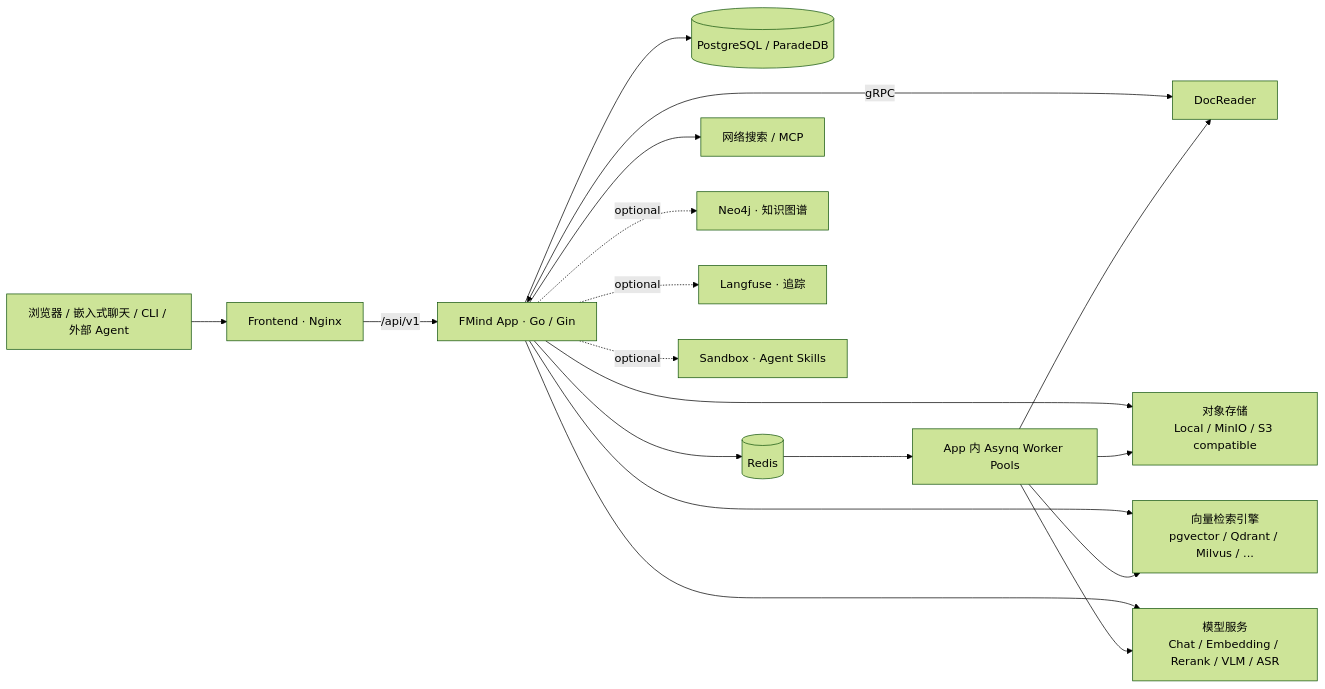
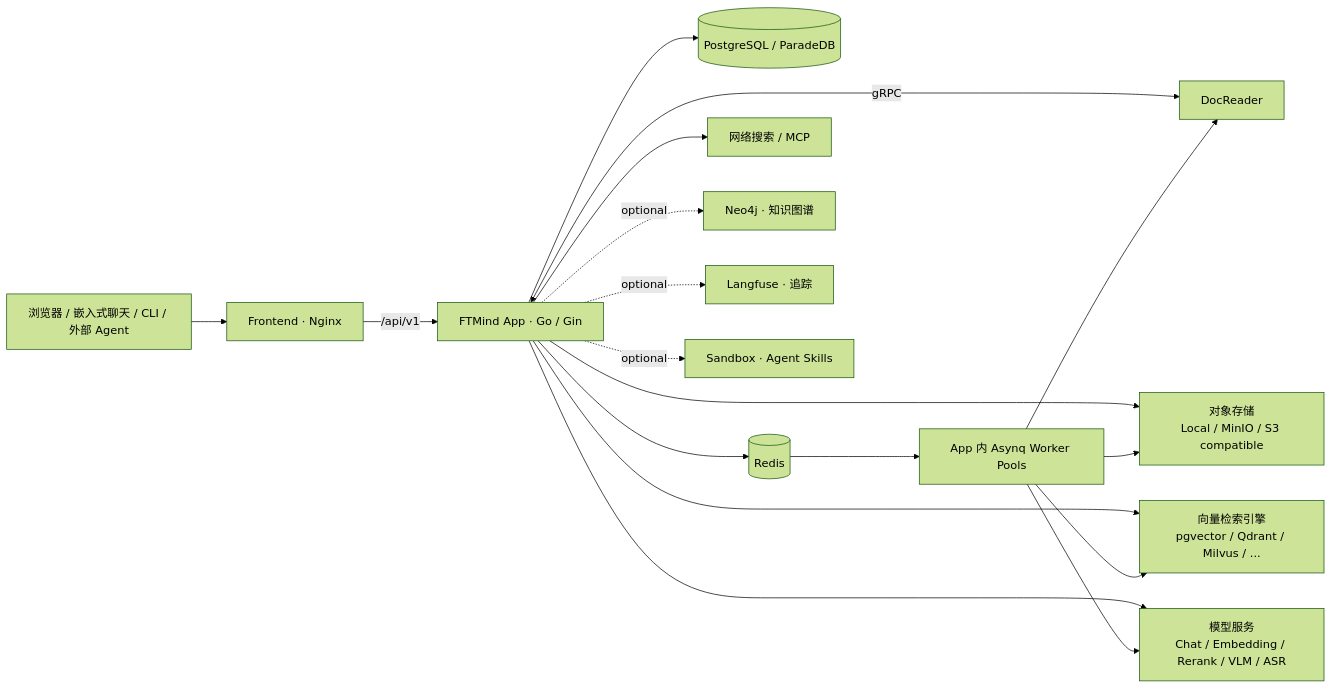
The first of 2 diagrams in docs/ARCHITECTURE.md (justaboyhai-wq/FTMind), drawn with Mermaid (forest theme) before and after one commit. The commit also changed other lines of this file and 355 other files, not shown here.

First line of the commit message:
feat: global rebrand from FMind to FTMind with backward compatibility

````diff
--- a/docs/ARCHITECTURE.md
+++ b/docs/ARCHITECTURE.md
@@ -41,20 +41,20 @@
 ```mermaid
 flowchart LR
     U[浏览器 / 嵌入式聊天 / CLI / 外部 Agent] --> FE[Frontend · Nginx]
-    FE -->|/api/v1| APP[FMind App · Go / Gin]
+    FE -->|/api/v1| APP[FTMind App · Go / Gin]
     APP --> PG[(PostgreSQL / ParadeDB)]
     APP --> R[(Redis)]
     APP <-->|gRPC| DR[DocReader]
     APP --> OS[对象存储\nLocal / MinIO / S3 compatible]
     APP --> VS[向量检索引擎\npgvector / Qdrant / Milvus / ...]
     APP --> M[模型服务\nChat / Embedding / Rerank / VLM / ASR]
     APP --> WS[网络搜索 / MCP]
     APP -. optional .-> NEO[Neo4j · 知识图谱]
     APP -. optional .-> LF[Langfuse · 追踪]
     APP -. optional .-> SB[Sandbox · Agent Skills]
     R --> W[App 内 Asynq Worker Pools]
     W --> DR
     W --> OS
     W --> VS
     W --> M
 ```
````
